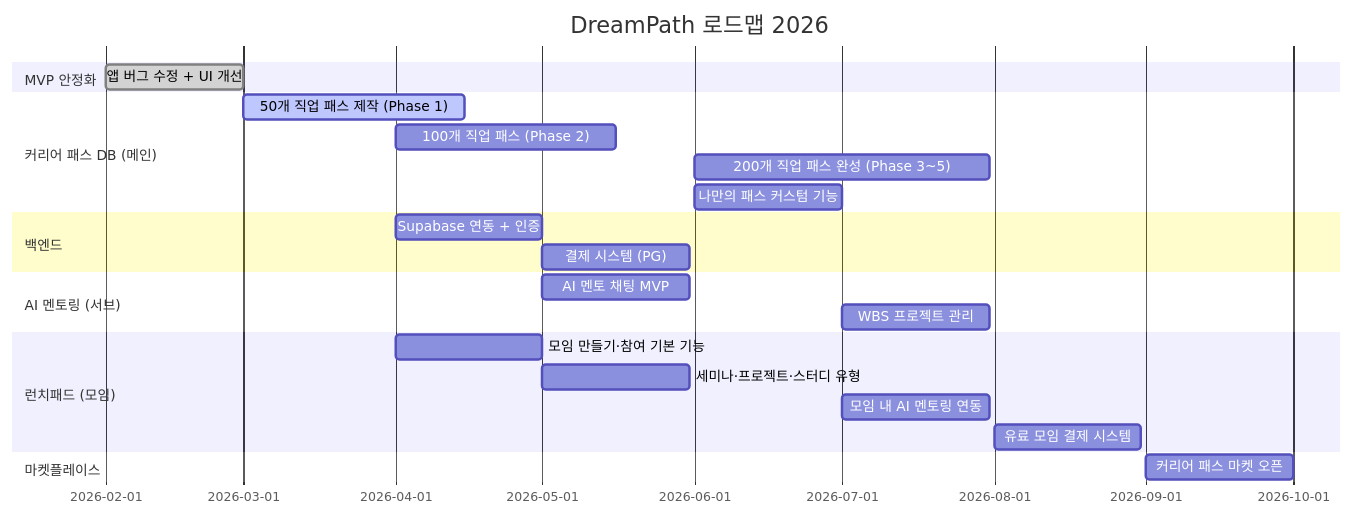
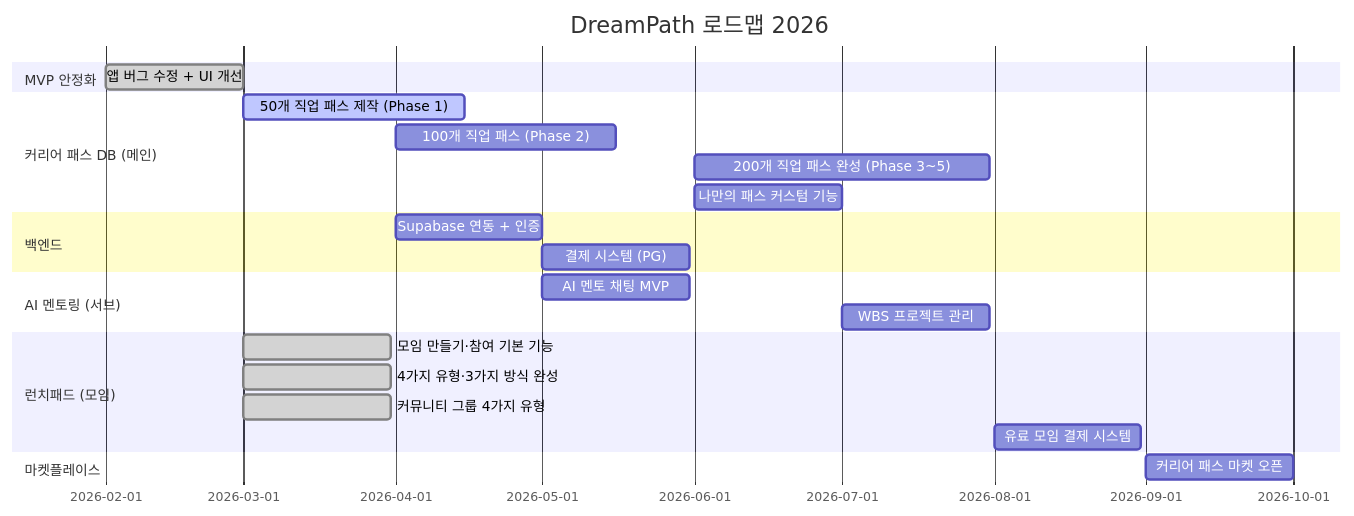
Before and after one commit to Collegenie-X/AI-career-path: the seventh of 7 diagrams in INVESTMENT_PROPOSAL.md, drawn with Mermaid. The commit also changed other lines of this file and 12 other files, not shown here.

````diff
--- a/INVESTMENT_PROPOSAL.md
+++ b/INVESTMENT_PROPOSAL.md
@@ -736,25 +708,25 @@
 ```mermaid
 gantt
     title DreamPath 로드맵 2026
     dateFormat  YYYY-MM
     section MVP 안정화
     앱 버그 수정 + UI 개선          :done, 2026-02, 28d
     section 커리어 패스 DB (메인)
     50개 직업 패스 제작 (Phase 1)    :active, 2026-03, 45d
     100개 직업 패스 (Phase 2)       :2026-04, 45d
     200개 직업 패스 완성 (Phase 3~5) :2026-06, 60d
     나만의 패스 커스텀 기능           :2026-06, 30d
     section 백엔드
     Supabase 연동 + 인증            :2026-04, 30d
     결제 시스템 (PG)                :2026-05, 30d
     section AI 멘토링 (서브)
     AI 멘토 채팅 MVP                :2026-05, 30d
     WBS 프로젝트 관리               :2026-07, 30d
     section 런치패드 (모임)
-    모임 만들기·참여 기본 기능       :2026-04, 30d
-    세미나·프로젝트·스터디 유형      :2026-05, 30d
-    모임 내 AI 멘토링 연동          :2026-07, 30d
+    모임 만들기·참여 기본 기능       :done, 2026-03, 30d
+    4가지 유형·3가지 방식 완성       :done, 2026-03, 30d
+    커뮤니티 그룹 4가지 유형         :done, 2026-03, 30d
     유료 모임 결제 시스템            :2026-08, 30d
     section 마켓플레이스
     커리어 패스 마켓 오픈            :2026-09, 30d
 ```
````
